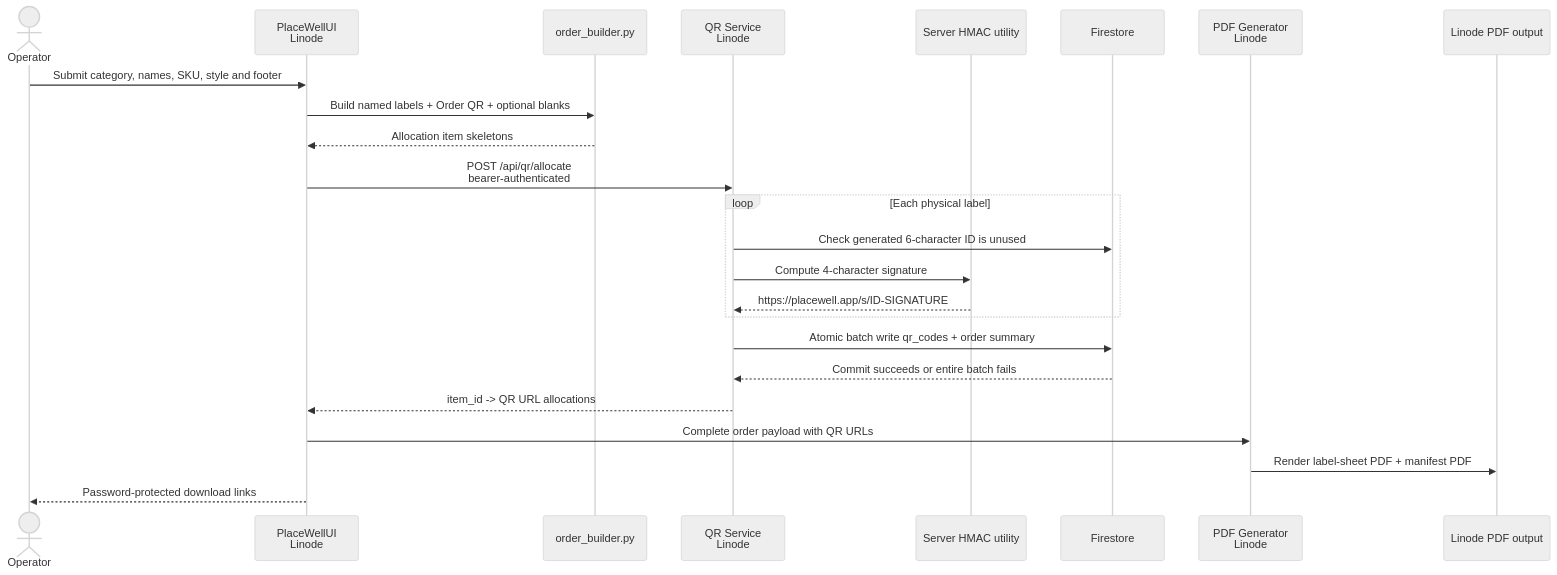
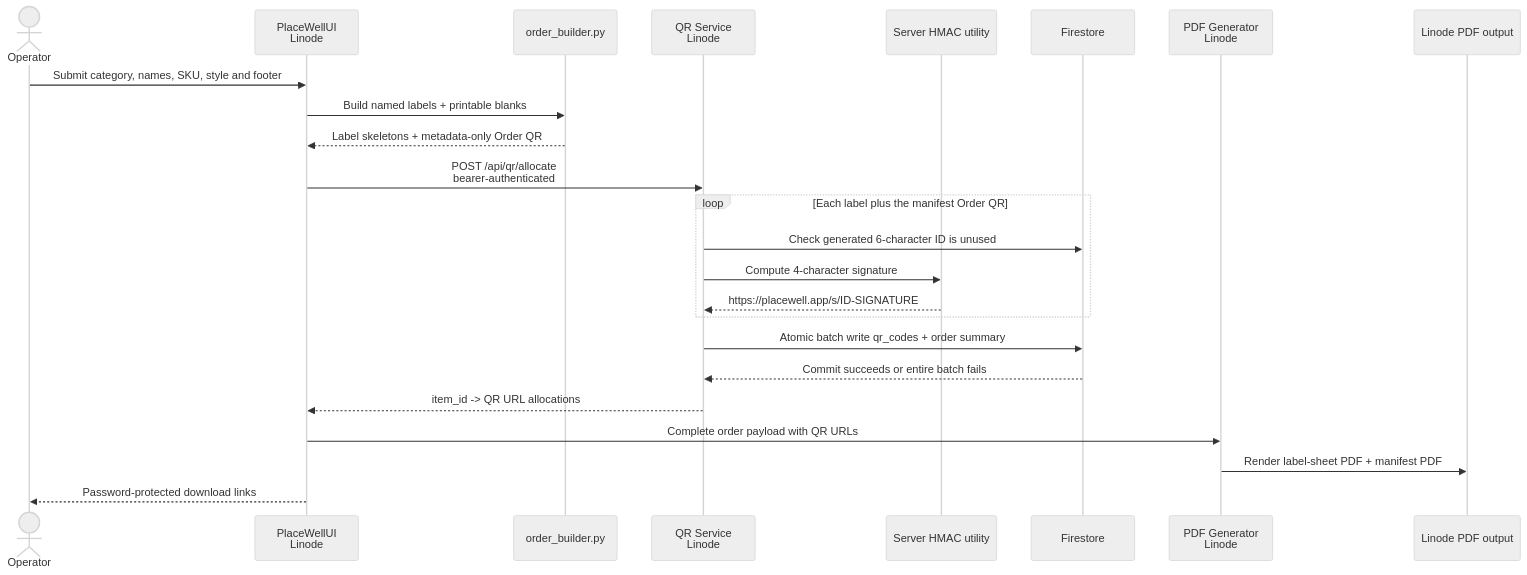
The second of 7 diagrams in architecture/Visual_Call_Flows.md (whosaner/PlaceWellDocs), drawn with Mermaid (neutral theme) before and after one commit. The commit also changed 3 other files, not shown here.

````diff
--- a/architecture/Visual_Call_Flows.md
+++ b/architecture/Visual_Call_Flows.md
@@ -72,27 +72,27 @@
 ```mermaid
 sequenceDiagram
     actor Operator
     participant UI as PlaceWellUI<br/>Linode
     participant Builder as order_builder.py
     participant QR as QR Service<br/>Linode
     participant HMAC as Server HMAC utility
     participant FS as Firestore
     participant PDF as PDF Generator<br/>Linode
     participant Disk as Linode PDF output
 
     Operator->>UI: Submit category, names, SKU, style and footer
-    UI->>Builder: Build named labels + Order QR + optional blanks
-    Builder-->>UI: Allocation item skeletons
+    UI->>Builder: Build named labels + printable blanks
+    Builder-->>UI: Label skeletons + metadata-only Order QR
     UI->>QR: POST /api/qr/allocate<br/>bearer-authenticated
-    loop Each physical label
+    loop Each label plus the manifest Order QR
         QR->>FS: Check generated 6-character ID is unused
         QR->>HMAC: Compute 4-character signature
         HMAC-->>QR: https://placewell.app/s/ID-SIGNATURE
     end
     QR->>FS: Atomic batch write qr_codes + order summary
     FS-->>QR: Commit succeeds or entire batch fails
     QR-->>UI: item_id -> QR URL allocations
     UI->>PDF: Complete order payload with QR URLs
     PDF->>Disk: Render label-sheet PDF + manifest PDF
     UI-->>Operator: Password-protected download links
 ```
````
